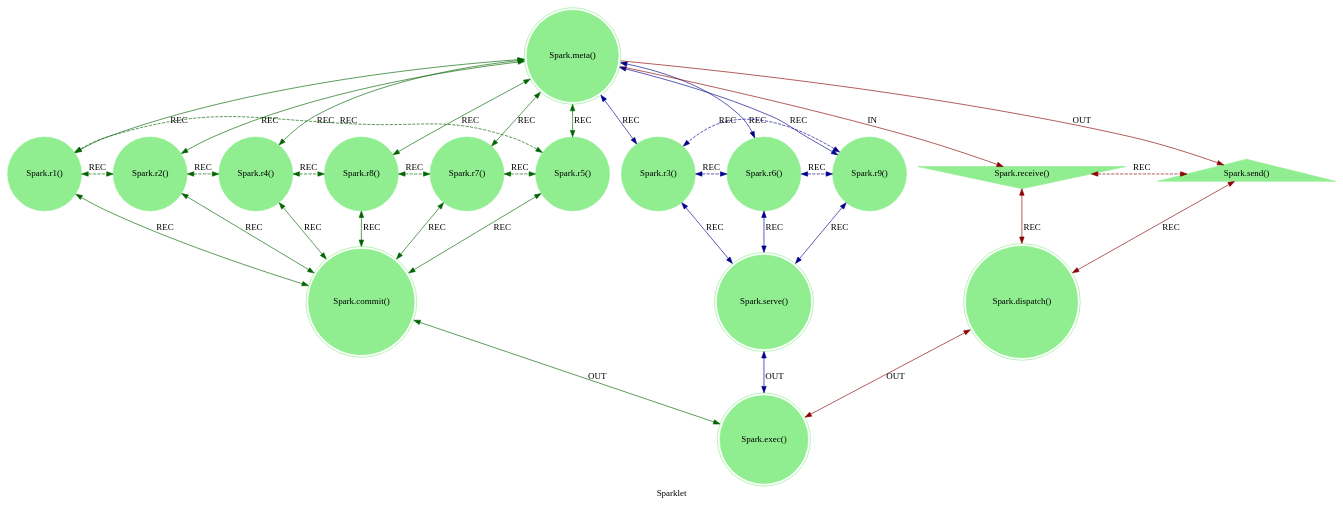
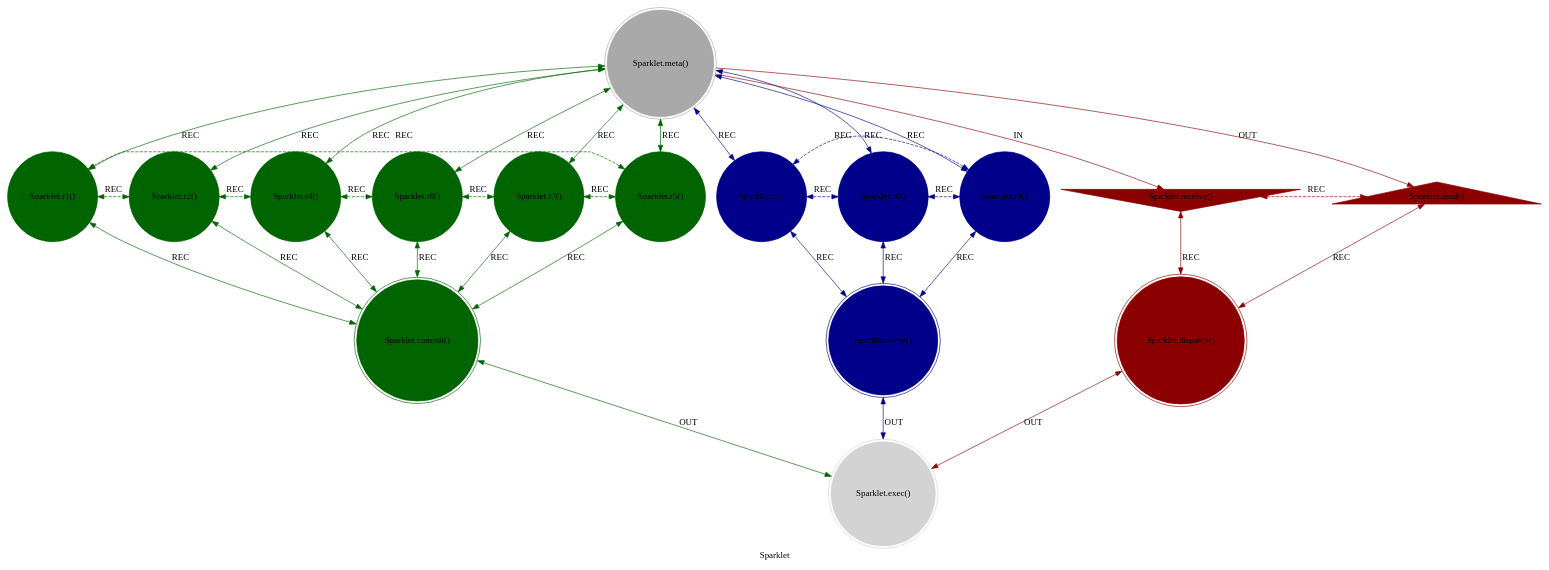
Before and after one commit to cilang/mythos: the diagram in meta/template/sparklet.dot, drawn with Graphviz. The commit also changed 3 other files, not shown here.

```diff
--- a/meta/template/sparklet.dot
+++ b/meta/template/sparklet.dot
@@ -1,49 +1,71 @@
 strict digraph Sparklet {
     label = "Sparklet";
     style = filled;
     color = lightgray;
     node [shape = circle; style = filled; color = lightgreen;];
     comment = "A 'Theory of Everything' for Meaning.";
     
     // The Axis A-0-B (In-Meta-Out).
     // The Cognitive Vortex 3-6-9 (Vortex of Perception).
     // The Mechanical Vortex 1-2-4-8-7-5 (Vortex of Comprehension).
     // The Router C-D-E
     // The Closure F
-    spark_0_t [label = "Spark.meta()";comment = "Dumadi";shape = doublecircle;];
-    spark_1_t [label = "Spark.r1()";comment = "Harta/Resource, Initiation.";];
-    spark_2_t [label = "Spark.r2()";comment = "Tahta/Authority, Response.";];
-    spark_4_t [label = "Spark.r4()";comment = "Wanita/Relation, Integration.";];
-    spark_8_t [label = "Spark.r8()";comment = "Agama/Axiom, Reflection.";];
-    spark_7_t [label = "Spark.r7()";comment = "Ilmu/Knowledge, Consolidation.";];
-    spark_5_t [label = "Spark.r5()";comment = "Keturunan/Lineage, Propagation.";];
-    spark_3_t [label = "Spark.r3()";comment = "Asumsi/Assumption, The foundational thesis.";];
-    spark_6_t [label = "Spark.r6()";comment = "Sugesti/Suggestion, The challenging antithesis or alternative.";];
-    spark_9_t [label = "Spark.r9()";comment = "Persepsi/Perception, The resolved synthesis, the new understanding.";];
-    spark_a_t [label = "Spark.receive()";comment = "Sangkan";shape = invtriangle;];
-    spark_b_t [label = "Spark.send()";comment = "Paran";shape = triangle;];
-    spark_c_t [label = "Spark.dispatch()";comment = "Why and/or Who";shape = doublecircle;];
-    spark_d_t [label = "Spark.commit()";comment = "What and/or How";shape = doublecircle;];
-    spark_e_t [label = "Spark.serve()";comment = "When and/or Where";shape = doublecircle;];
-    spark_f_t [label = "Spark.exec()";comment = "Which and/or Closure";shape = doublecircle;];
+    spark_0_t [label = "Sparklet.meta()";comment = "Dumadi";shape = doublecircle;color = darkgray;];
+    spark_1_t [label = "Sparklet.r1()";comment = "Initiation.";color = darkgreen;];
+    spark_2_t [label = "Sparklet.r2()";comment = "Response.";color = darkgreen;];
+    spark_4_t [label = "Sparklet.r4()";comment = "Integration.";color = darkgreen;];
+    spark_8_t [label = "Sparklet.r8()";comment = "Reflection.";color = darkgreen;];
+    spark_7_t [label = "Sparklet.r7()";comment = "Consolidation.";color = darkgreen;];
+    spark_5_t [label = "Sparklet.r5()";comment = "Propagation.";color = darkgreen;];
+    spark_3_t [label = "Sparklet.r3()";comment = "Thesis.";color = darkblue;];
+    spark_6_t [label = "Sparklet.r6()";comment = "Antithesis.";color = darkblue;];
+    spark_9_t [label = "Sparklet.r9()";comment = "Synthesis.";color = darkblue;];
+    spark_a_t [label = "Sparklet.receive()";comment = "Sangkan";shape = invtriangle;color = darkred;];
+    spark_b_t [label = "Sparklet.send()";comment = "Paran";shape = triangle;color = darkred;];
+    spark_c_t [label = "Sparklet.dispatch()";comment = "Why and/or Who";shape = doublecircle;color = darkred;];
+    spark_d_t [label = "Sparklet.commit()";comment = "What and/or How";shape = doublecircle;color = darkgreen;];
+    spark_e_t [label = "Sparklet.serve()";comment = "When and/or Where";shape = doublecircle;color = darkblue;];
+    spark_f_t [label = "Sparklet.exec()";comment = "Which and/or Closure";shape = doublecircle;color = lightgray;];
     
     // IN = Input
     // OUT = Output
     // REC = Recursion
     spark_0_t -> spark_a_t [label = "IN"; comment = ""; color = darkred;];
     spark_0_t -> spark_b_t [label = "OUT"; comment = ""; color = darkred;];
-    spark_0_t -> {spark_3_t spark_6_t spark_9_t} [label = "REC"; comment = ""; color = darkblue; dir = both;];
-    spark_0_t -> {spark_1_t spark_2_t spark_4_t spark_8_t spark_7_t spark_5_t} [label = "REC"; comment = ""; color = darkgreen; dir = both;];
+    spark_0_t -> spark_3_t [label = "REC"; comment = ""; color = darkblue; dir = both;];
+    spark_0_t -> spark_6_t [label = "REC"; comment = ""; color = darkblue; dir = both;];
+    spark_0_t -> spark_9_t [label = "REC"; comment = ""; color = darkblue; dir = both;];
+    spark_0_t -> spark_1_t [label = "REC"; comment = ""; color = darkgreen; dir = both;];
+    spark_0_t -> spark_2_t [label = "REC"; comment = ""; color = darkgreen; dir = both;];
+    spark_0_t -> spark_4_t [label = "REC"; comment = ""; color = darkgreen; dir = both;];
+    spark_0_t -> spark_8_t [label = "REC"; comment = ""; color = darkgreen; dir = both;];
+    spark_0_t -> spark_7_t [label = "REC"; comment = ""; color = darkgreen; dir = both;];
+    spark_0_t -> spark_5_t [label = "REC"; comment = ""; color = darkgreen; dir = both;];
     
-    {spark_a_t spark_b_t} -> spark_c_t [label = "REC"; comment = ""; color = darkred; comment = ""; dir = both;];
-    {spark_1_t spark_2_t spark_4_t spark_8_t spark_7_t spark_5_t} -> spark_d_t [label = "REC"; comment = ""; color = darkgreen; dir = both;];
-    {spark_3_t spark_6_t spark_9_t} -> spark_e_t [label = "REC"; comment = ""; color = darkblue; dir = both;];
+    spark_a_t -> spark_c_t [label = "REC"; comment = ""; color = darkred; dir = both;];
+    spark_b_t -> spark_c_t [label = "REC"; comment = ""; color = darkred; dir = both;];
+    spark_1_t -> spark_d_t [label = "REC"; comment = ""; color = darkgreen; dir = both;];
+    spark_2_t -> spark_d_t [label = "REC"; comment = ""; color = darkgreen; dir = both;];
+    spark_4_t -> spark_d_t [label = "REC"; comment = ""; color = darkgreen; dir = both;];
+    spark_8_t -> spark_d_t [label = "REC"; comment = ""; color = darkgreen; dir = both;];
+    spark_7_t -> spark_d_t [label = "REC"; comment = ""; color = darkgreen; dir = both;];
+    spark_5_t -> spark_d_t [label = "REC"; comment = ""; color = darkgreen; dir = both;];
+    spark_3_t -> spark_e_t [label = "REC"; comment = ""; color = darkblue; dir = both;];
+    spark_6_t -> spark_e_t [label = "REC"; comment = ""; color = darkblue; dir = both;];
+    spark_9_t -> spark_e_t [label = "REC"; comment = ""; color = darkblue; dir = both;];
     
-    spark_1_t -> spark_2_t -> spark_4_t -> spark_8_t -> spark_7_t -> spark_5_t -> spark_1_t [label = "REC"; comment = ""; color = darkgreen; style = dashed; constraint = false; dir = both;];
-    spark_3_t -> spark_6_t -> spark_9_t -> spark_3_t [label = "REC"; comment = ""; color = darkblue; style = dashed; constraint = false; dir = both;];
-    spark_a_t -> spark_b_t [label = "REC"; comment = ""; color = darkred; constraint = false; style = dashed; dir = both;];
+    spark_1_t -> spark_2_t [label = "REC"; comment = ""; color = darkgreen; dir = both; style = dashed; constraint = false;];
+    spark_2_t -> spark_4_t [label = "REC"; comment = ""; color = darkgreen; dir = both; style = dashed; constraint = false;];
+    spark_4_t -> spark_8_t [label = "REC"; comment = ""; color = darkgreen; dir = both; style = dashed; constraint = false;];
+    spark_8_t -> spark_7_t [label = "REC"; comment = ""; color = darkgreen; dir = both; style = dashed; constraint = false;];
+    spark_7_t -> spark_5_t [label = "REC"; comment = ""; color = darkgreen; dir = both; style = dashed; constraint = false;];
+    spark_5_t -> spark_1_t [label = "REC"; comment = ""; color = darkgreen; dir = both; style = dashed; constraint = false;];
+    spark_3_t -> spark_6_t [label = "REC"; comment = ""; color = darkblue; dir = both; style = dashed; constraint = false;];
+    spark_6_t -> spark_9_t [label = "REC"; comment = ""; color = darkblue; dir = both; style = dashed; constraint = false;];
+    spark_9_t -> spark_3_t [label = "REC"; comment = ""; color = darkblue; dir = both; style = dashed; constraint = false;];
+    spark_a_t -> spark_b_t [label = "REC"; comment = ""; color = darkred; dir = both; style = dashed; constraint = false;];
     
-    spark_c_t -> spark_f_t [label = "OUT"; color = darkred; comment = ""; dir = both;];
-    spark_d_t -> spark_f_t [label = "OUT"; color = darkgreen; comment = ""; dir = both;];
-    spark_e_t -> spark_f_t [label = "OUT"; color = darkblue; comment = ""; dir = both;];
+    spark_c_t -> spark_f_t [label = "OUT"; comment = ""; color = darkred; dir = both;];
+    spark_d_t -> spark_f_t [label = "OUT"; comment = ""; color = darkgreen; dir = both;];
+    spark_e_t -> spark_f_t [label = "OUT"; comment = ""; color = darkblue; dir = both;];
 }
```
